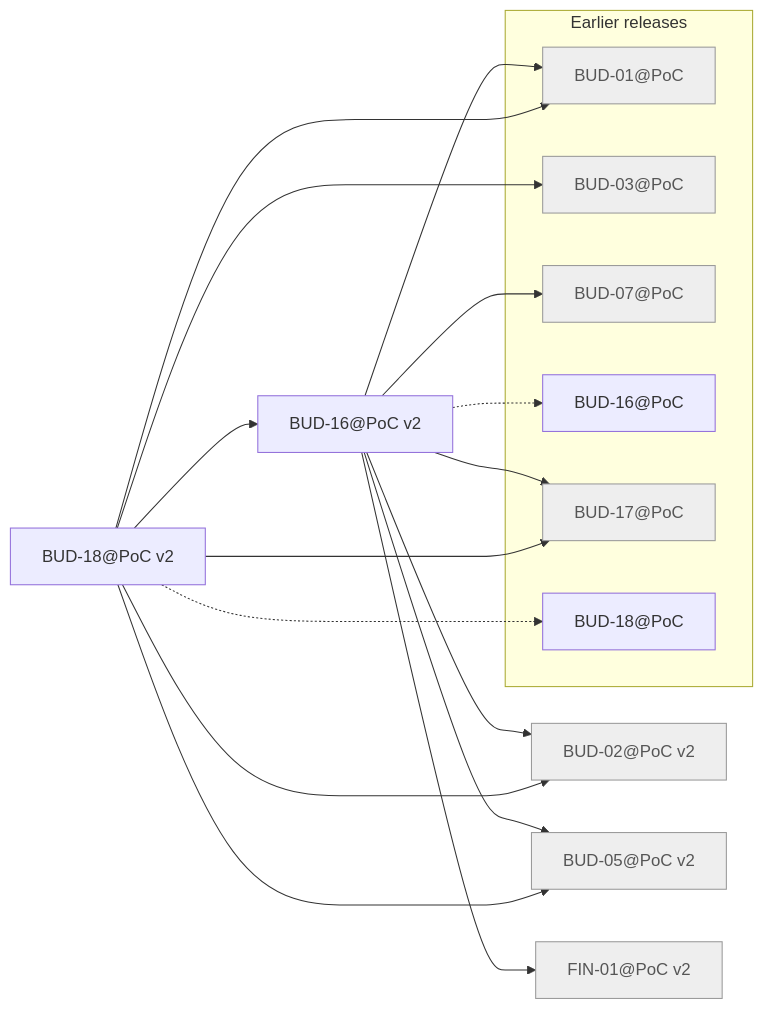
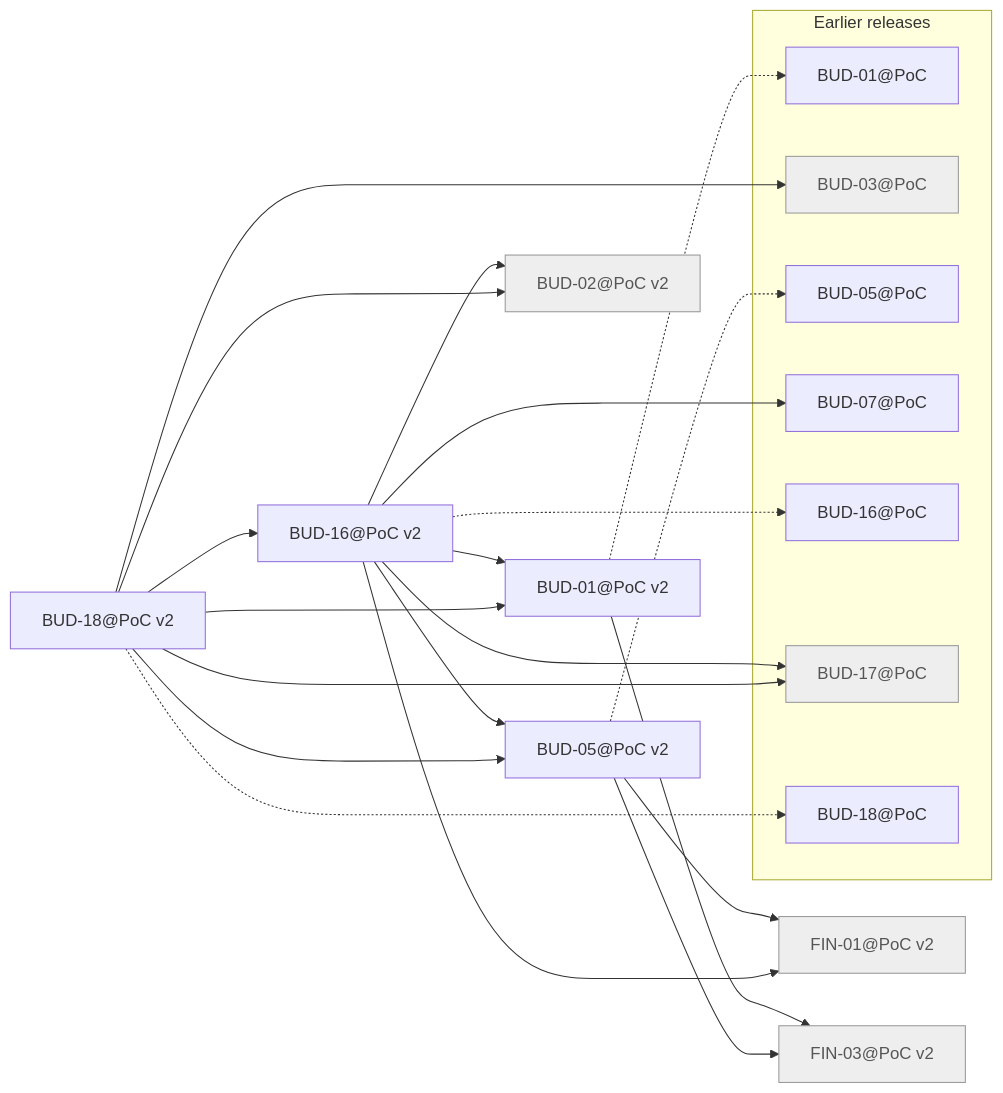
The diagram in docs/traceability/release-poc-v2.md (minakovval/Willowsum), drawn with Mermaid before and after one commit. The commit also changed other lines of this file and 37 other files, not shown here.

````diff
--- a/docs/traceability/release-poc-v2.md
+++ b/docs/traceability/release-poc-v2.md
@@ -18,32 +20,40 @@
 ```mermaid
 flowchart LR
+  BUD_01_PoC_v2["BUD-01@PoC v2"]
   BUD_02_PoC_v2["BUD-02@PoC v2"]
   BUD_05_PoC_v2["BUD-05@PoC v2"]
   BUD_16_PoC_v2["BUD-16@PoC v2"]
   BUD_18_PoC_v2["BUD-18@PoC v2"]
   FIN_01_PoC_v2["FIN-01@PoC v2"]
+  FIN_03_PoC_v2["FIN-03@PoC v2"]
   subgraph earlier["Earlier releases"]
     BUD_01_PoC["BUD-01@PoC"]
     BUD_03_PoC["BUD-03@PoC"]
+    BUD_05_PoC["BUD-05@PoC"]
     BUD_07_PoC["BUD-07@PoC"]
     BUD_16_PoC["BUD-16@PoC"]
     BUD_17_PoC["BUD-17@PoC"]
     BUD_18_PoC["BUD-18@PoC"]
   end
-  BUD_16_PoC_v2 --> BUD_01_PoC
+  BUD_01_PoC_v2 --> FIN_03_PoC_v2
+  BUD_01_PoC_v2 -.-> BUD_01_PoC
+  BUD_05_PoC_v2 --> FIN_01_PoC_v2
+  BUD_05_PoC_v2 --> FIN_03_PoC_v2
+  BUD_05_PoC_v2 -.-> BUD_05_PoC
+  BUD_16_PoC_v2 --> BUD_01_PoC_v2
   BUD_16_PoC_v2 --> BUD_02_PoC_v2
   BUD_16_PoC_v2 --> BUD_05_PoC_v2
   BUD_16_PoC_v2 --> BUD_07_PoC
   BUD_16_PoC_v2 --> BUD_17_PoC
   BUD_16_PoC_v2 --> FIN_01_PoC_v2
   BUD_16_PoC_v2 -.-> BUD_16_PoC
-  BUD_18_PoC_v2 --> BUD_01_PoC
+  BUD_18_PoC_v2 --> BUD_01_PoC_v2
   BUD_18_PoC_v2 --> BUD_02_PoC_v2
   BUD_18_PoC_v2 --> BUD_03_PoC
   BUD_18_PoC_v2 --> BUD_05_PoC_v2
   BUD_18_PoC_v2 --> BUD_16_PoC_v2
   BUD_18_PoC_v2 --> BUD_17_PoC
   BUD_18_PoC_v2 -.-> BUD_18_PoC
   classDef notMigrated fill:#eee,stroke:#999,color:#555
-  class BUD_01_PoC,BUD_02_PoC_v2,BUD_03_PoC,BUD_05_PoC_v2,BUD_07_PoC,BUD_17_PoC,FIN_01_PoC_v2 notMigrated
+  class BUD_02_PoC_v2,BUD_03_PoC,BUD_17_PoC,FIN_01_PoC_v2,FIN_03_PoC_v2 notMigrated
 ```
````
